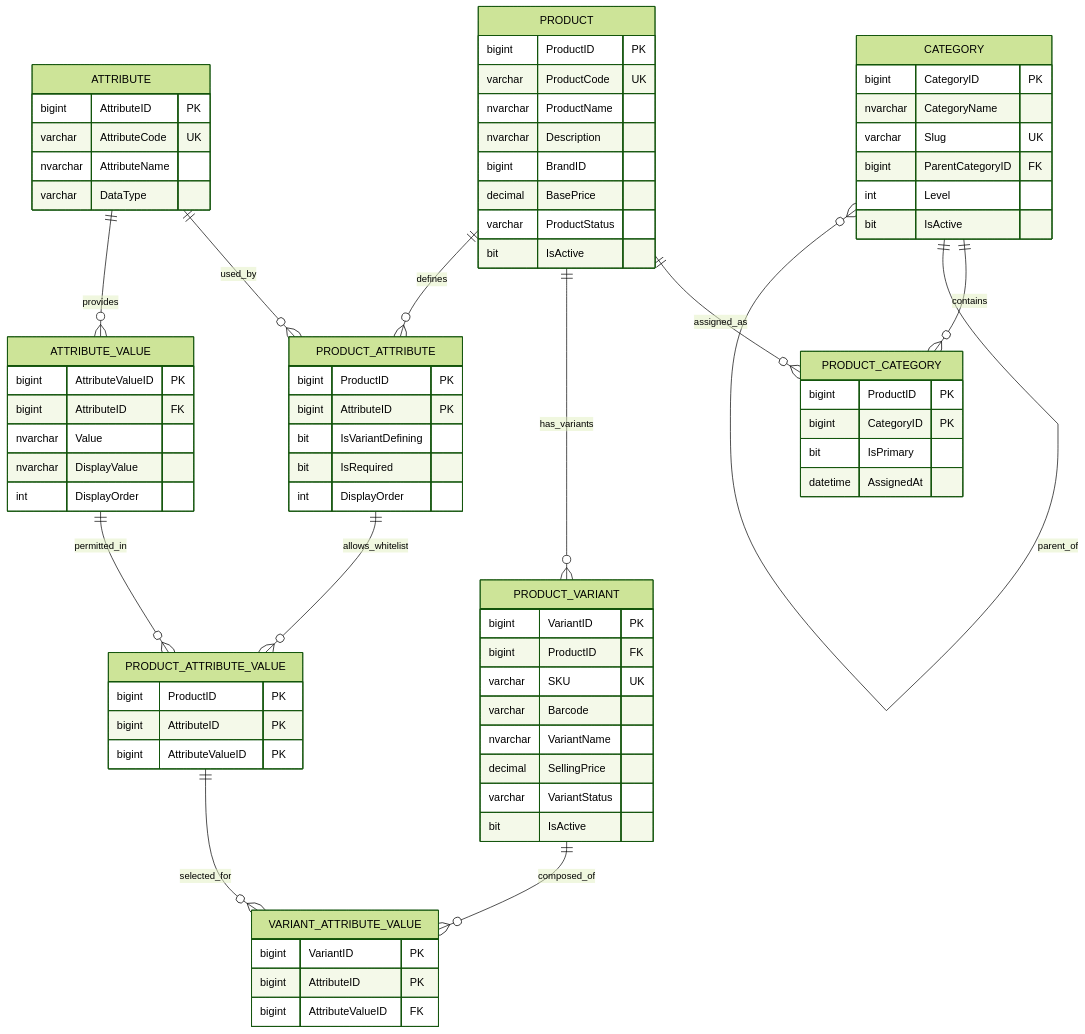
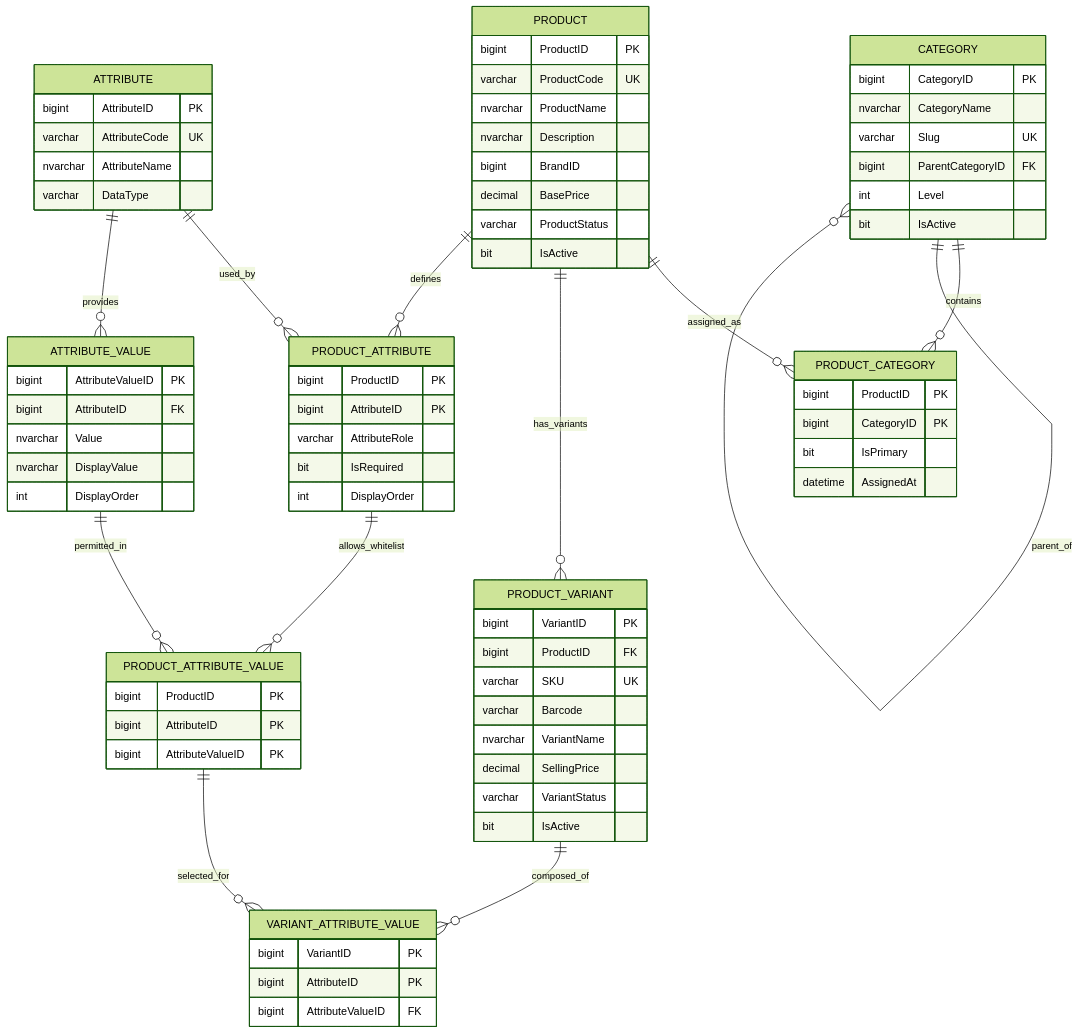
The first of 3 diagrams in docs/Milestones/M2-Conceptual-Design/02-Relationship-Analysis.md (itzchugnn/RetailCore-E-commerce-Management-System), drawn with Mermaid (forest theme) before and after one commit. The commit also changed other lines of this file and 2 other files, not shown here.

```diff
--- a/docs/Milestones/M2-Conceptual-Design/02-Relationship-Analysis.md
+++ b/docs/Milestones/M2-Conceptual-Design/02-Relationship-Analysis.md
@@ -180,7 +180,7 @@
     PRODUCT_ATTRIBUTE {
         bigint ProductID PK
         bigint AttributeID PK
-        bit IsVariantDefining
+        varchar AttributeRole
         bit IsRequired
         int DisplayOrder
     }
```
